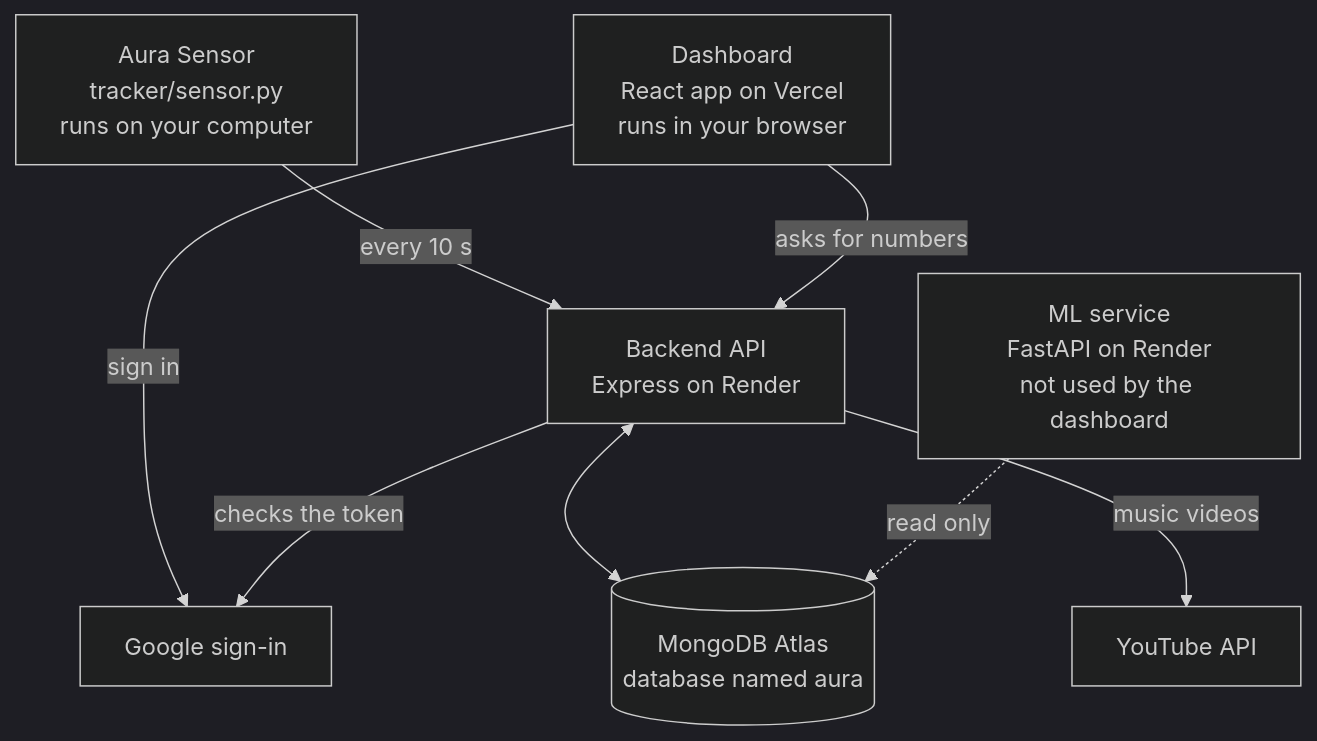
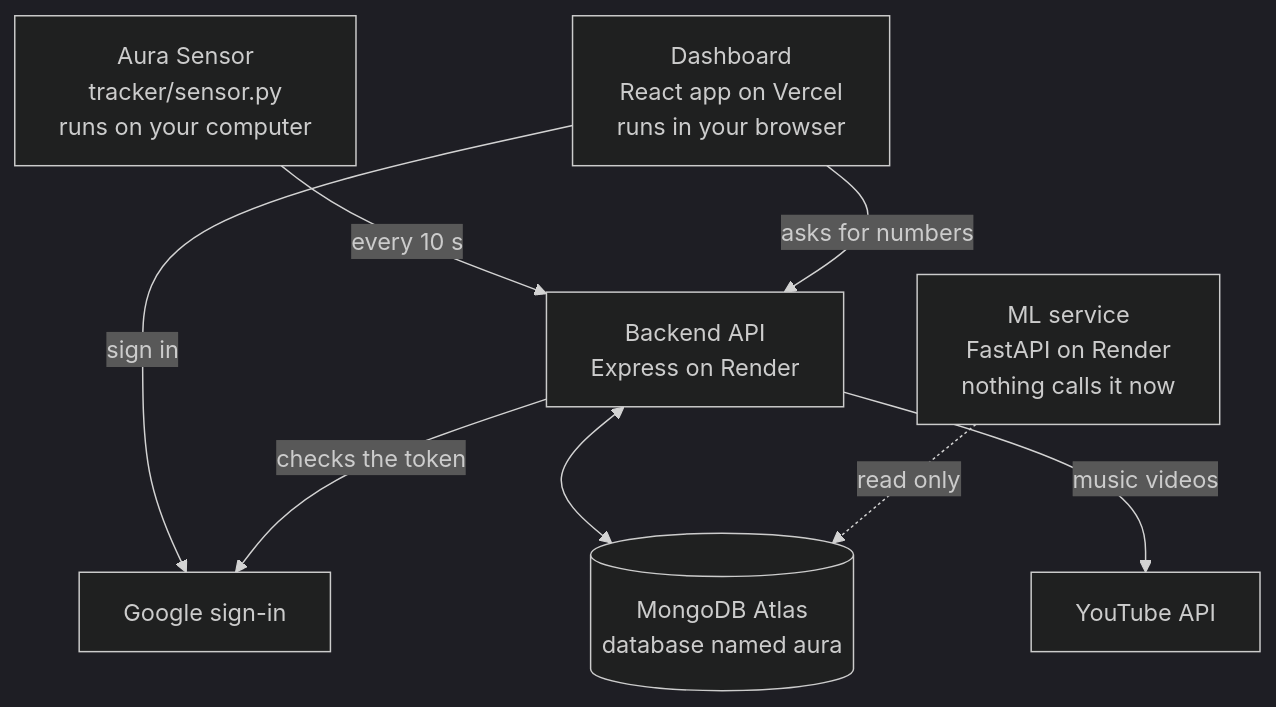
Before and after one commit to nidhi333-9/aura: the first of 6 diagrams in docs/ARCHITECTURE.md, drawn with Mermaid (dark theme). The commit also changed other lines of this file and 14 other files, not shown here.

````diff
--- a/docs/ARCHITECTURE.md
+++ b/docs/ARCHITECTURE.md
@@ -12,18 +12,18 @@
 ```mermaid
 flowchart TB
   S["Aura Sensor<br/>tracker/sensor.py<br/>runs on your computer"]
   F["Dashboard<br/>React app on Vercel<br/>runs in your browser"]
   G["Google sign-in"]
   B["Backend API<br/>Express on Render"]
   DB[("MongoDB Atlas<br/>database named aura")]
   Y["YouTube API"]
-  ML["ML service<br/>FastAPI on Render<br/>not used by the dashboard"]
+  ML["ML service<br/>FastAPI on Render<br/>nothing calls it now"]
 
   S -- "every 10 s" --> B
   F -- "asks for numbers" --> B
   F -- "sign in" --> G
   B -- "checks the token" --> G
   B <--> DB
   B -- "music videos" --> Y
   ML -. "read only" .-> DB
 ```
````
